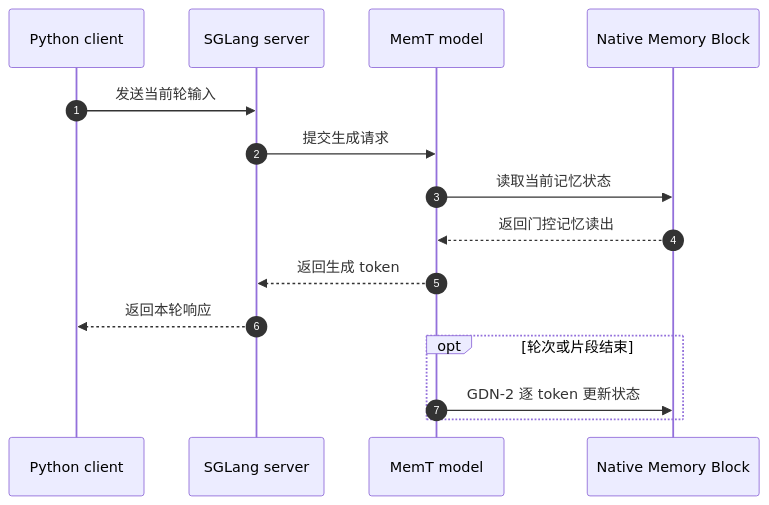
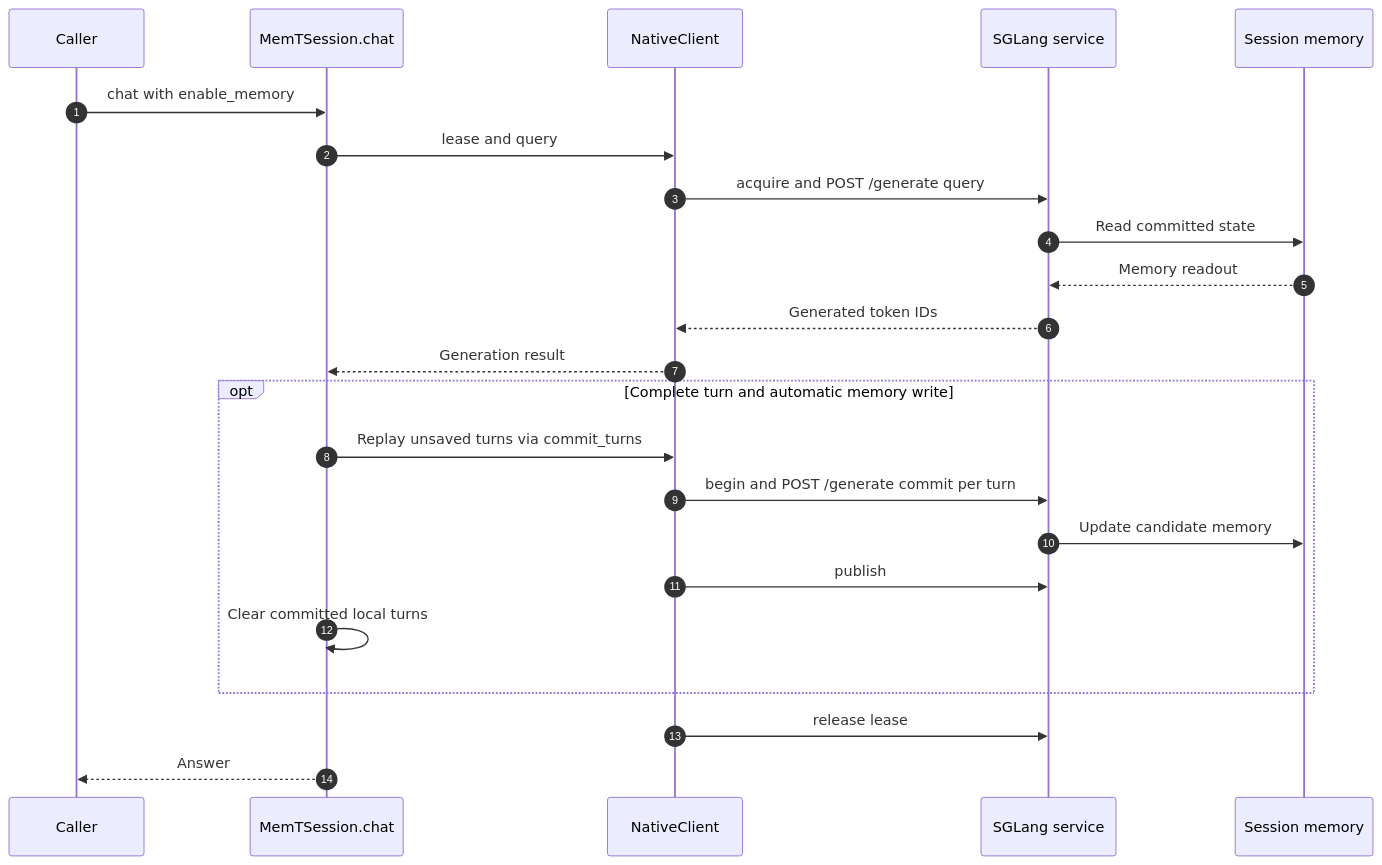
The second of 2 diagrams in wiki/entities/paper-memt-1-0-memory-native-evolution.md (ImChong/Robotics_Notebooks), drawn with Mermaid before and after one commit. The commit also changed other lines of this file, not shown here.

Commit message:
[2026-11-24] ingest | sources/papers/memt_1_0_arxiv_2610_26825.md — 更新 MemT-1.0-Pro 官方发布与部署

````diff
--- a/wiki/entities/paper-memt-1-0-memory-native-evolution.md
+++ b/wiki/entities/paper-memt-1-0-memory-native-evolution.md
@@ -87,17 +95,25 @@
 ```mermaid
 sequenceDiagram
   autonumber
-  participant Client as Python client
-  participant Server as SGLang server
-  participant Model as MemT model
-  participant Memory as Native Memory Block
-  Client->>Server: 发送当前轮输入
-  Server->>Model: 提交生成请求
-  Model->>Memory: 读取当前记忆状态
-  Memory-->>Model: 返回门控记忆读出
-  Model-->>Server: 返回生成 token
-  Server-->>Client: 返回本轮响应
-  opt 轮次或片段结束
-    Model->>Memory: GDN-2 逐 token 更新状态
+  participant App as Caller
+  participant Session as MemTSession.chat
+  participant Client as NativeClient
+  participant Server as SGLang service
+  participant State as Session memory
+  App->>Session: chat with enable_memory
+  Session->>Client: lease and query
+  Client->>Server: acquire and POST /generate query
+  Server->>State: Read committed state
+  State-->>Server: Memory readout
+  Server-->>Client: Generated token IDs
+  Client-->>Session: Generation result
+  opt Complete turn and automatic memory write
+    Session->>Client: Replay unsaved turns via commit_turns
+    Client->>Server: begin and POST /generate commit per turn
+    Server->>State: Update candidate memory
+    Client->>Server: publish
+    Session->>Session: Clear committed local turns
   end
+  Client->>Server: release lease
+  Session-->>App: Answer
 ```
````
